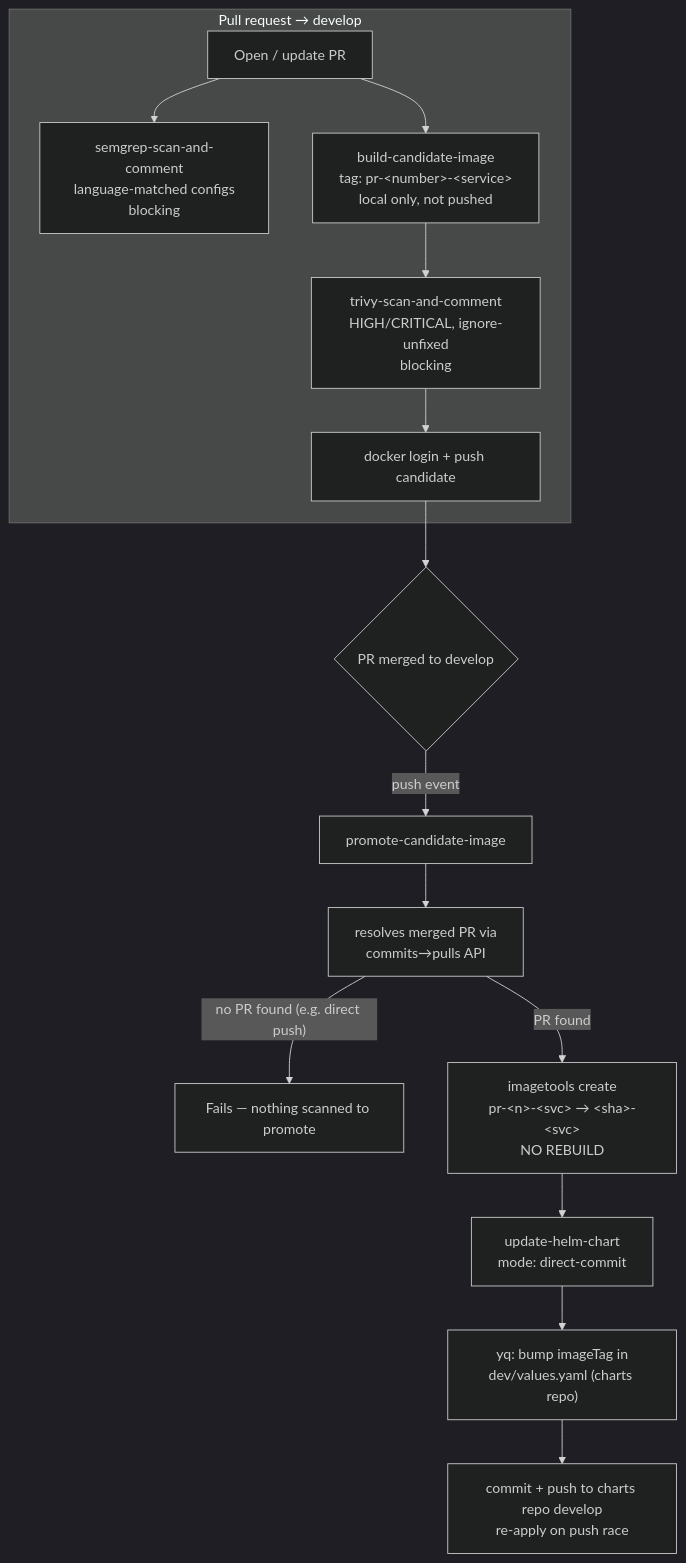
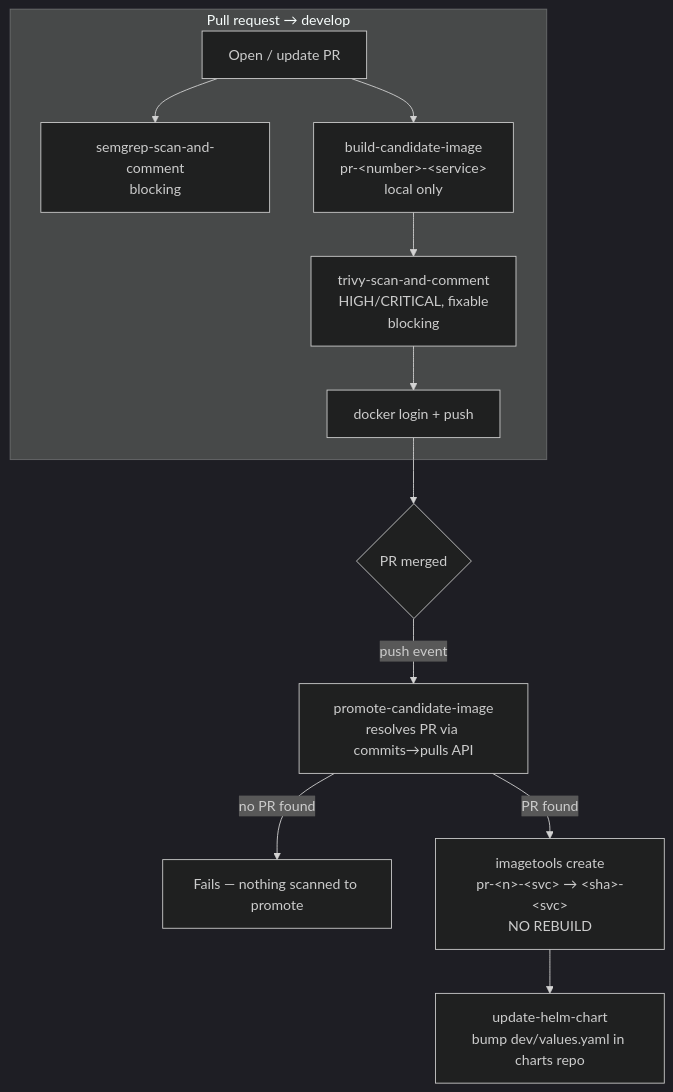
The diagram in docs/using/dev-pipeline.md (atkaridarshan04/shared-ci-actions), drawn with Mermaid (dark theme) before and after one commit. The commit also changed other lines of this file and 8 other files, not shown here.

````diff
--- a/docs/using/dev-pipeline.md
+++ b/docs/using/dev-pipeline.md
@@ -32,18 +23,15 @@
 ```mermaid
 flowchart TD
     subgraph PR["Pull request → develop"]
-        A[Open / update PR] --> B["semgrep-scan-and-comment<br/>language-matched configs<br/>blocking"]
-        A --> C["build-candidate-image<br/>tag: pr-&lt;number&gt;-&lt;service&gt;<br/>local only, not pushed"]
-        C --> D["trivy-scan-and-comment<br/>HIGH/CRITICAL, ignore-unfixed<br/>blocking"]
-        D --> E["docker login + push candidate"]
+        A[Open / update PR] --> B["semgrep-scan-and-comment<br/>blocking"]
+        A --> C["build-candidate-image<br/>pr-&lt;number&gt;-&lt;service&gt;<br/>local only"]
+        C --> D["trivy-scan-and-comment<br/>HIGH/CRITICAL, fixable<br/>blocking"]
+        D --> E["docker login + push"]
     end
 
-    E --> M{PR merged to develop}
-    M -->|push event| F[promote-candidate-image]
-    F --> F1["resolves merged PR via<br/>commits→pulls API"]
-    F1 -->|"no PR found (e.g. direct push)"| X["Fails — nothing scanned to promote"]
+    E --> M{PR merged}
+    M -->|push event| F1["promote-candidate-image<br/>resolves PR via commits→pulls API"]
+    F1 -->|no PR found| X["Fails — nothing scanned to promote"]
     F1 -->|PR found| F2["imagetools create<br/>pr-&lt;n&gt;-&lt;svc&gt; → &lt;sha&gt;-&lt;svc&gt;<br/>NO REBUILD"]
-    F2 --> G["update-helm-chart<br/>mode: direct-commit"]
-    G --> G1["yq: bump imageTag in<br/>dev/values.yaml (charts repo)"]
-    G1 --> G2["commit + push to charts repo develop<br/>re-apply on push race"]
+    F2 --> G["update-helm-chart<br/>bump dev/values.yaml in charts repo"]
 ```
````
